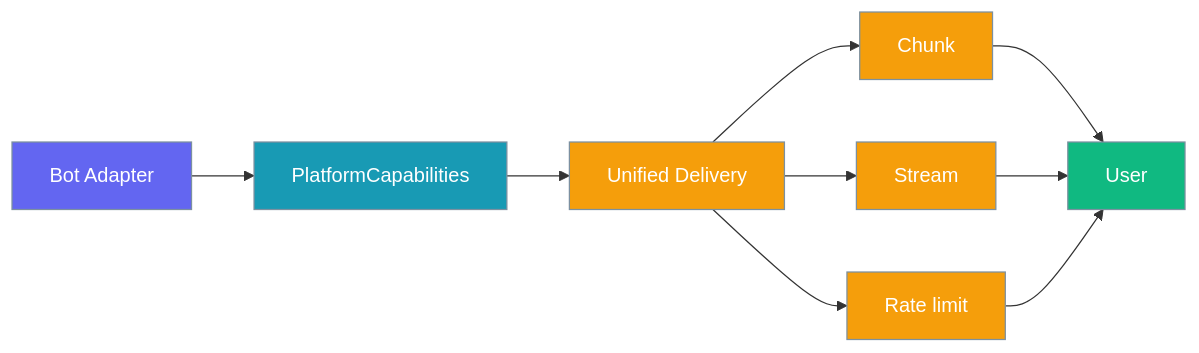
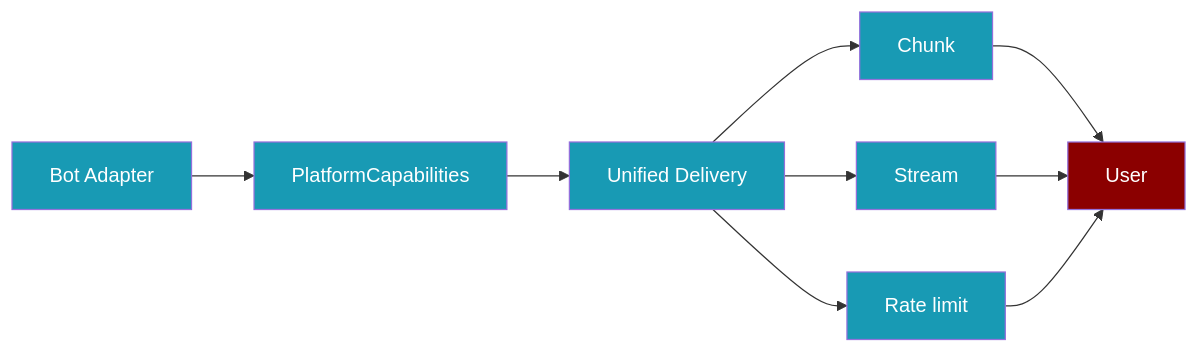
Before and after one commit to MervinPraison/PraisonAIDocs: the first of 2 diagrams in docs/features/bot-platform-capabilities.mdx, drawn with Mermaid. The commit also changed 24 other files, not shown here.

````diff
--- a/docs/features/bot-platform-capabilities.mdx
+++ b/docs/features/bot-platform-capabilities.mdx
@@ -10,21 +10,17 @@
 ```mermaid
 graph LR
     A[Bot Adapter] --> B[PlatformCapabilities]
     B --> C[Unified Delivery]
     C --> D[Chunk]
     C --> E[Stream]
     C --> F[Rate limit]
     D --> G[User]
     E --> G
     F --> G
 
-    classDef adapter fill:#6366F1,stroke:#7C90A0,color:#fff
-    classDef caps fill:#189AB4,stroke:#7C90A0,color:#fff
-    classDef delivery fill:#F59E0B,stroke:#7C90A0,color:#fff
-    classDef user fill:#10B981,stroke:#7C90A0,color:#fff
+    classDef agent fill:#8B0000,color:#fff
+    classDef tool fill:#189AB4,color:#fff
 
-    class A adapter
-    class B caps
-    class C,D,E,F delivery
-    class G user
+    class G agent
+    class A,B,C,D,E,F tool
 ```
````
